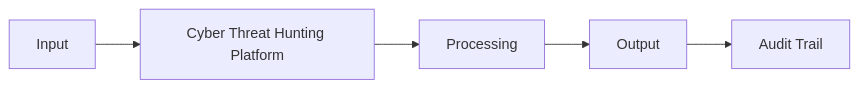
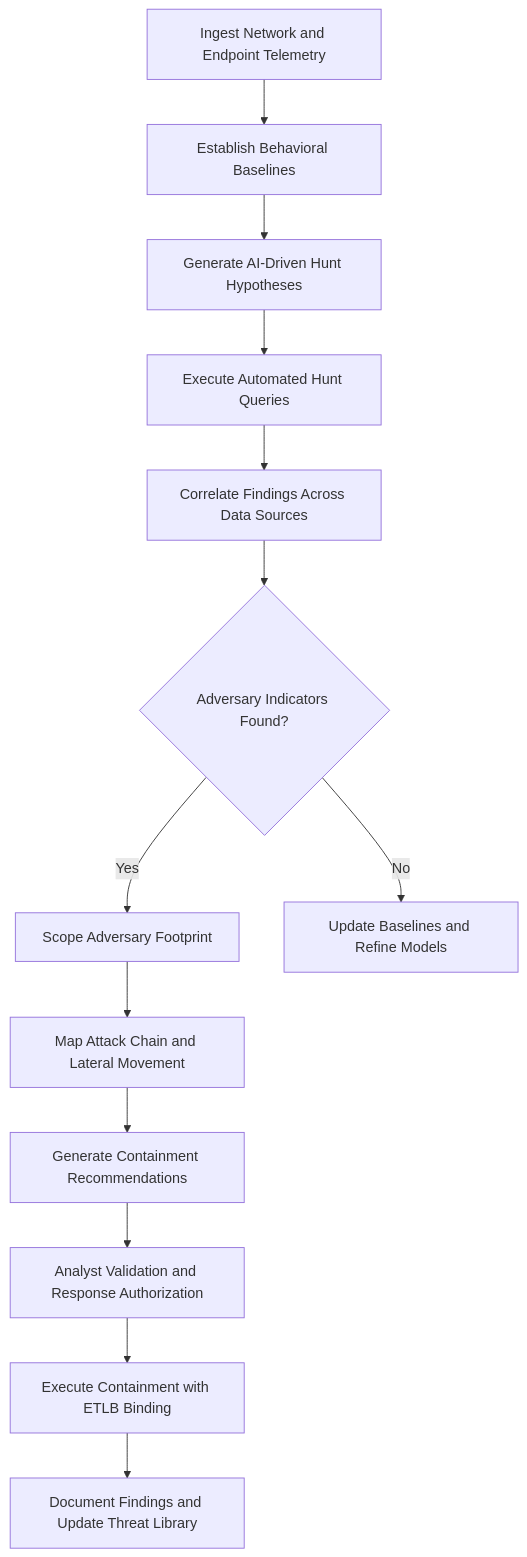
One commit to andrew-leo-2024/marketplace-docs changed the diagram in docs/audiences/02-defense-security/cyber-threat-hunting-platform.mdx. Above: the diagram before and after it, drawn with Mermaid. The commit also changed other lines of this file and 401 other files, not shown here.

````diff
--- a/docs/audiences/02-defense-security/cyber-threat-hunting-platform.mdx
+++ b/docs/audiences/02-defense-security/cyber-threat-hunting-platform.mdx
@@ -29,7 +35,15 @@
 ```mermaid
-graph LR
-    A[Input] --> B[Cyber Threat Hunting Platform]
-    B --> C[Processing]
-    C --> D[Output]
-    D --> E[Audit Trail]
+graph TD
+    A[Ingest Network and Endpoint Telemetry] --> B[Establish Behavioral Baselines]
+    B --> C[Generate AI-Driven Hunt Hypotheses]
+    C --> D[Execute Automated Hunt Queries]
+    D --> E[Correlate Findings Across Data Sources]
+    E --> F{Adversary Indicators Found?}
+    F -->|Yes| G[Scope Adversary Footprint]
+    F -->|No| H[Update Baselines and Refine Models]
+    G --> I[Map Attack Chain and Lateral Movement]
+    I --> J[Generate Containment Recommendations]
+    J --> K[Analyst Validation and Response Authorization]
+    K --> L[Execute Containment with ETLB Binding]
+    L --> M[Document Findings and Update Threat Library]
 ```
````
